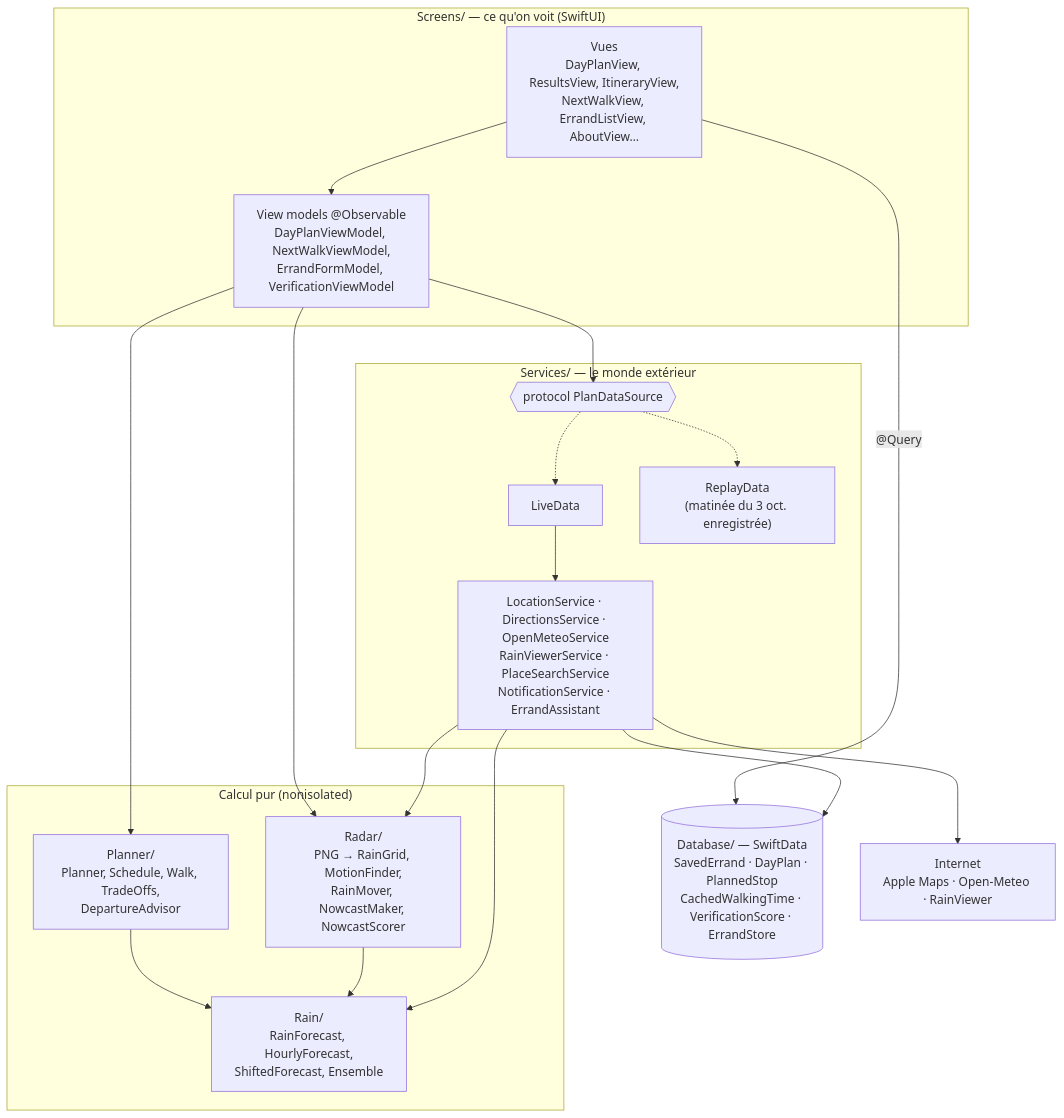
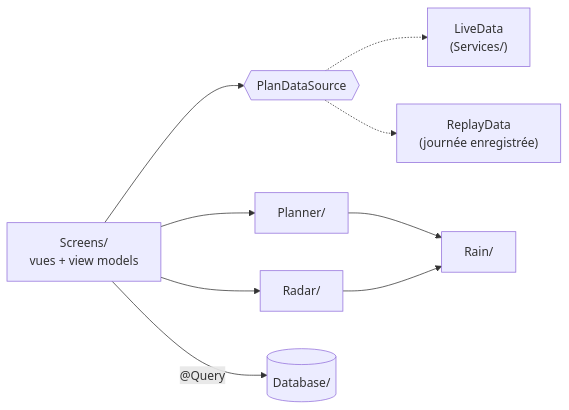
Before and after one commit to clembdn/WeatherWindows: the first of 2 diagrams in docs/explication-du-code.md, drawn with Mermaid. The commit also changed other lines of this file, not shown here.

````diff
--- a/docs/explication-du-code.md
+++ b/docs/explication-du-code.md
@@ -133,39 +30,11 @@
 ```mermaid
-flowchart TB
-    subgraph SCREENS["Screens/ — ce qu'on voit (SwiftUI)"]
-        V["Vues<br/>DayPlanView, ResultsView, ItineraryView,<br/>NextWalkView, ErrandListView, AboutView…"]
-        VM["View models @Observable<br/>DayPlanViewModel, NextWalkViewModel,<br/>ErrandFormModel, VerificationViewModel"]
-        V --> VM
-    end
-
-    subgraph SERVICES["Services/ — le monde extérieur"]
-        DS{{"protocol PlanDataSource"}}
-        LIVE["LiveData"]
-        REPLAY["ReplayData<br/>(matinée du 3 oct. enregistrée)"]
-        S["LocationService · DirectionsService · OpenMeteoService<br/>RainViewerService · PlaceSearchService<br/>NotificationService · ErrandAssistant"]
-        DS -.-> LIVE
-        DS -.-> REPLAY
-        LIVE --> S
-    end
-
-    DB[("Database/ — SwiftData<br/>SavedErrand · DayPlan · PlannedStop<br/>CachedWalkingTime · VerificationScore · ErrandStore")]
-
-    subgraph LOGIC["Calcul pur (nonisolated)"]
-        P["Planner/<br/>Planner, Schedule, Walk, TradeOffs,<br/>DepartureAdvisor"]
-        R["Rain/<br/>RainForecast, HourlyForecast,<br/>ShiftedForecast, Ensemble"]
-        RA["Radar/<br/>PNG → RainGrid, MotionFinder,<br/>RainMover, NowcastMaker, NowcastScorer"]
-        P --> R
-        RA --> R
-    end
-
-    VM --> DS
-    V -->|"@Query"| DB
-    S --> DB
-    VM --> P
-    VM --> RA
-    S --> R
-    S --> RA
-
-    EXT["Internet<br/>Apple Maps · Open-Meteo · RainViewer"]
-    S --> EXT
+flowchart LR
+    S["Screens/<br/>vues + view models"] --> D{{"PlanDataSource"}}
+    D -.-> L["LiveData<br/>(Services/)"]
+    D -.-> R["ReplayData<br/>(journée enregistrée)"]
+    S --> P["Planner/"]
+    S --> RA["Radar/"]
+    P --> RN["Rain/"]
+    RA --> RN
+    S -->|"@Query"| DB[("Database/")]
 ```
````
